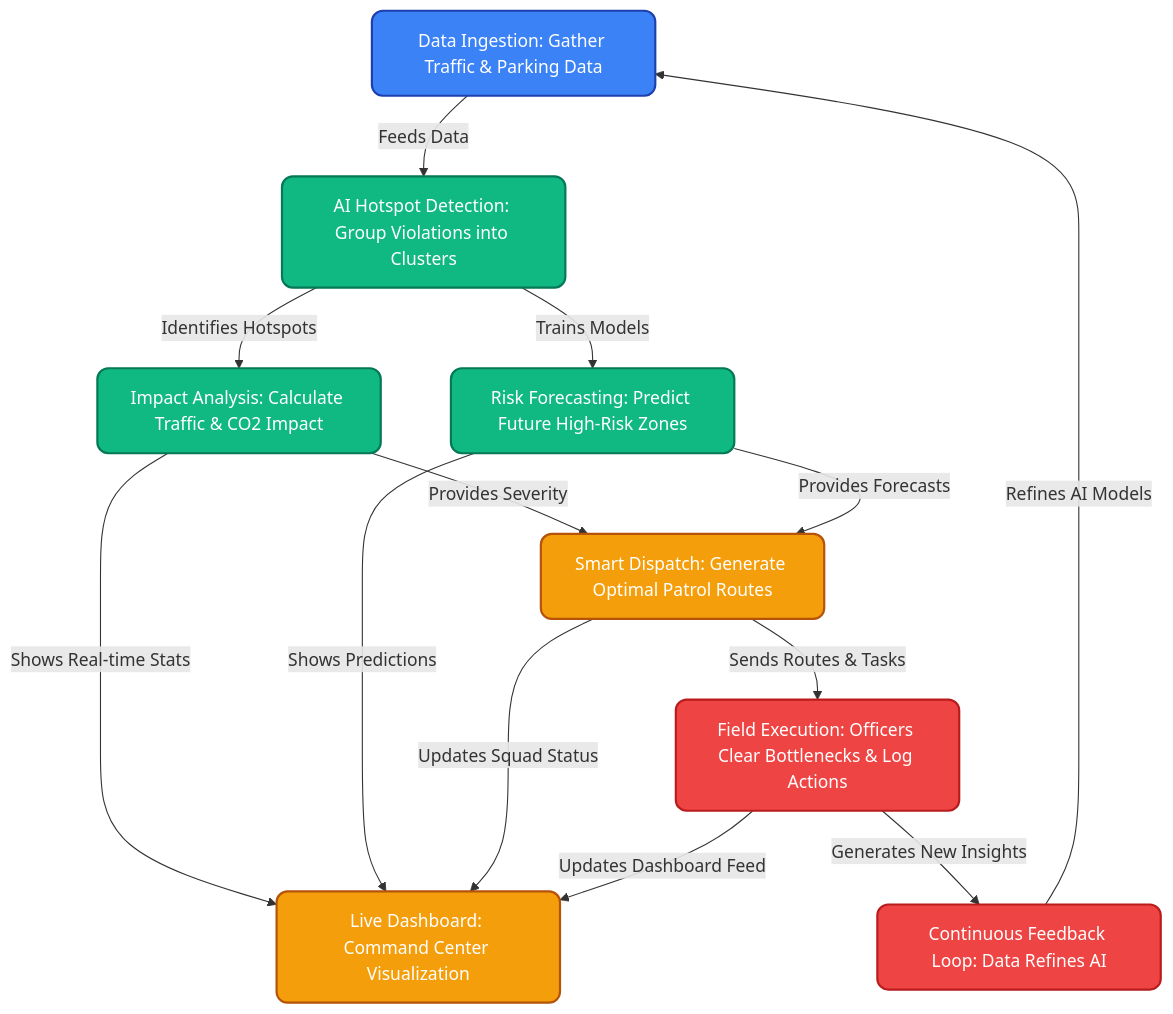
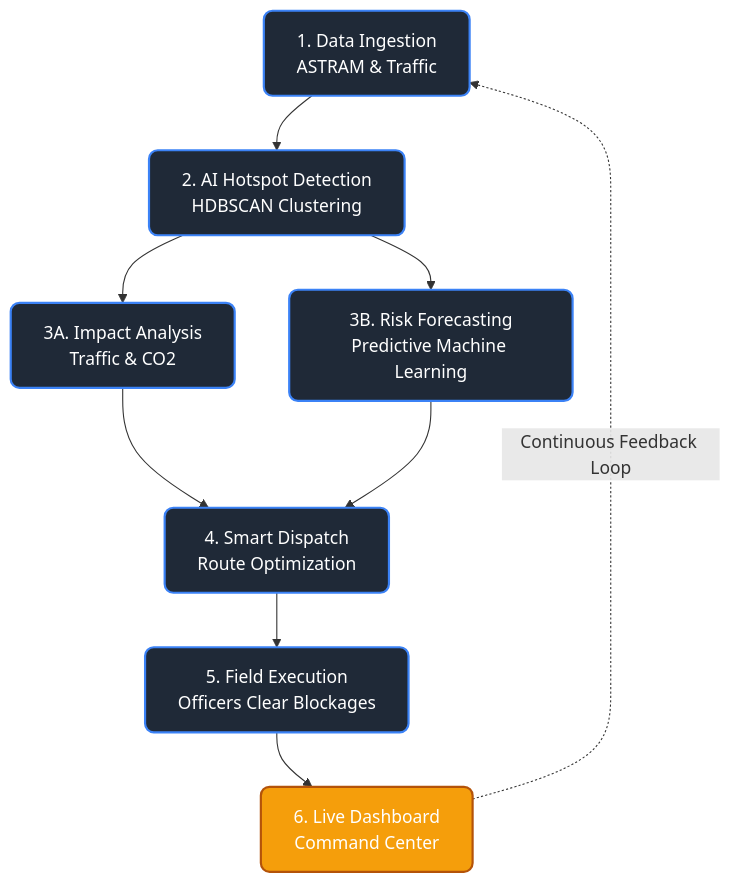
The diagram in README.md (molubhai08/Flipkart-Gridlock), drawn with Mermaid before and after one commit.

````diff
--- a/README.md
+++ b/README.md
@@ -77,32 +77,19 @@
 ```mermaid
-graph TD
-    %% Styling configurations
-    classDef data fill:#3b82f6,stroke:#1e40af,stroke-width:2px,color:#fff,rx:10px,ry:10px;
-    classDef ai fill:#10b981,stroke:#047857,stroke-width:2px,color:#fff,rx:10px,ry:10px;
-    classDef action fill:#f59e0b,stroke:#b45309,stroke-width:2px,color:#fff,rx:10px,ry:10px;
-    classDef feedback fill:#ef4444,stroke:#b91c1c,stroke-width:2px,color:#fff,rx:10px,ry:10px;
+flowchart TD
+    classDef step fill:#1f2937,stroke:#3b82f6,stroke-width:2px,color:#fff,rx:8px,ry:8px;
+    classDef dash fill:#f59e0b,stroke:#b45309,stroke-width:2px,color:#fff,rx:8px,ry:8px;
 
-    %% Nodes
-    A[Data Ingestion: Gather Traffic & Parking Data]:::data
-    B[AI Hotspot Detection: Group Violations into Clusters]:::ai
-    C[Impact Analysis: Calculate Traffic & CO2 Impact]:::ai
-    D[Risk Forecasting: Predict Future High-Risk Zones]:::ai
-    E[Smart Dispatch: Generate Optimal Patrol Routes]:::action
-    F[Live Dashboard: Command Center Visualization]:::action
-    G[Field Execution: Officers Clear Bottlenecks & Log Actions]:::feedback
-    H[Continuous Feedback Loop: Data Refines AI]:::feedback
-
-    %% Connections
-    A -->|Feeds Data| B
-    B -->|Identifies Hotspots| C
-    B -->|Trains Models| D
-    C -->|Provides Severity| E
-    D -->|Provides Forecasts| E
-    C -->|Shows Real-time Stats| F
-    D -->|Shows Predictions| F
-    E -->|Sends Routes & Tasks| G
-    E -->|Updates Squad Status| F
-    G -->|Updates Dashboard Feed| F
-    G -->|Generates New Insights| H
-    H -->|Refines AI Models| A
+    A[1. Data Ingestion<br>ASTRAM & Traffic]:::step --> B[2. AI Hotspot Detection<br>HDBSCAN Clustering]:::step
+    
+    B --> C[3A. Impact Analysis<br>Traffic & CO2]:::step
+    B --> D[3B. Risk Forecasting<br>Predictive Machine Learning]:::step
+    
+    C --> E[4. Smart Dispatch<br>Route Optimization]:::step
+    D --> E
+    
+    E --> F[5. Field Execution<br>Officers Clear Blockages]:::step
+    
+    F --> G[6. Live Dashboard<br>Command Center]:::dash
+    
+    G -.->|Continuous Feedback Loop| A
 ```
````
